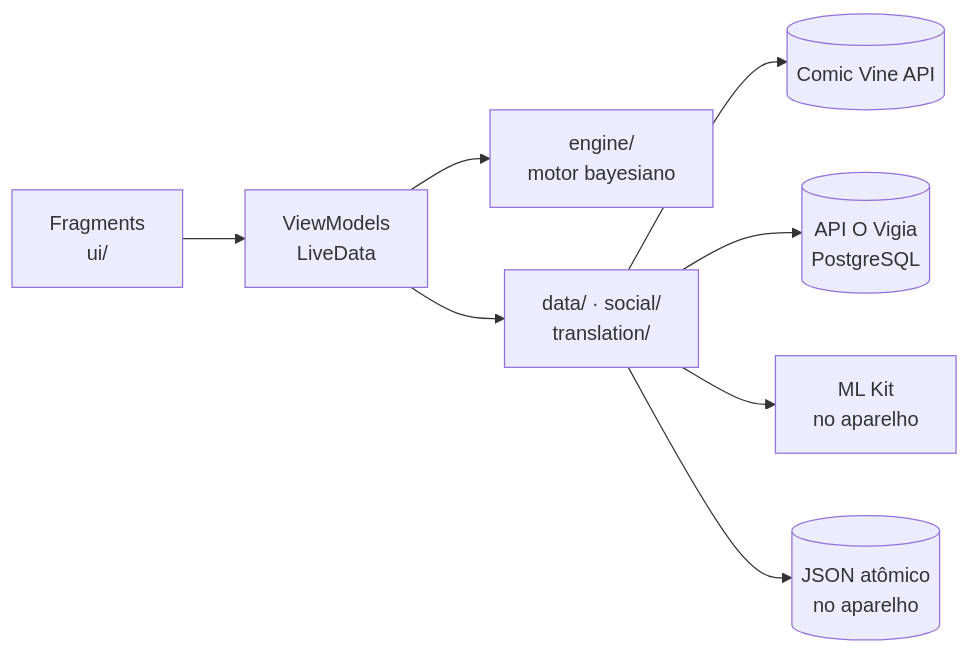
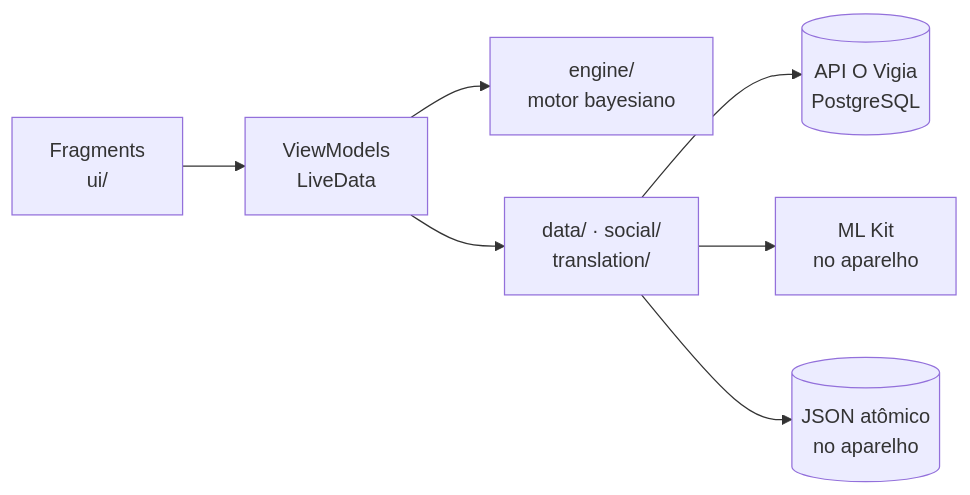
Before and after one commit to dvarakaki/o-vigia-android-oficial: the third of 3 diagrams in README.md, drawn with Mermaid. The commit also changed other lines of this file and 19 other files, not shown here.

First line of the commit message:
feat(characters): busca as fichas dos personagens na API em vez da Comic Vine

````diff
--- a/README.md
+++ b/README.md
@@ -186,10 +190,9 @@
 ```mermaid
 flowchart LR
     UI["Fragments<br/>ui/"] --> VM["ViewModels<br/>LiveData"]
     VM --> ENG["engine/<br/>motor bayesiano"]
     VM --> REPO["data/ · social/<br/>translation/"]
-    REPO --> CV[("Comic Vine API")]
     REPO --> API[("API O Vigia<br/>PostgreSQL")]
     REPO --> ML["ML Kit<br/>no aparelho"]
     REPO --> DISK[("JSON atômico<br/>no aparelho")]
 ```
````
